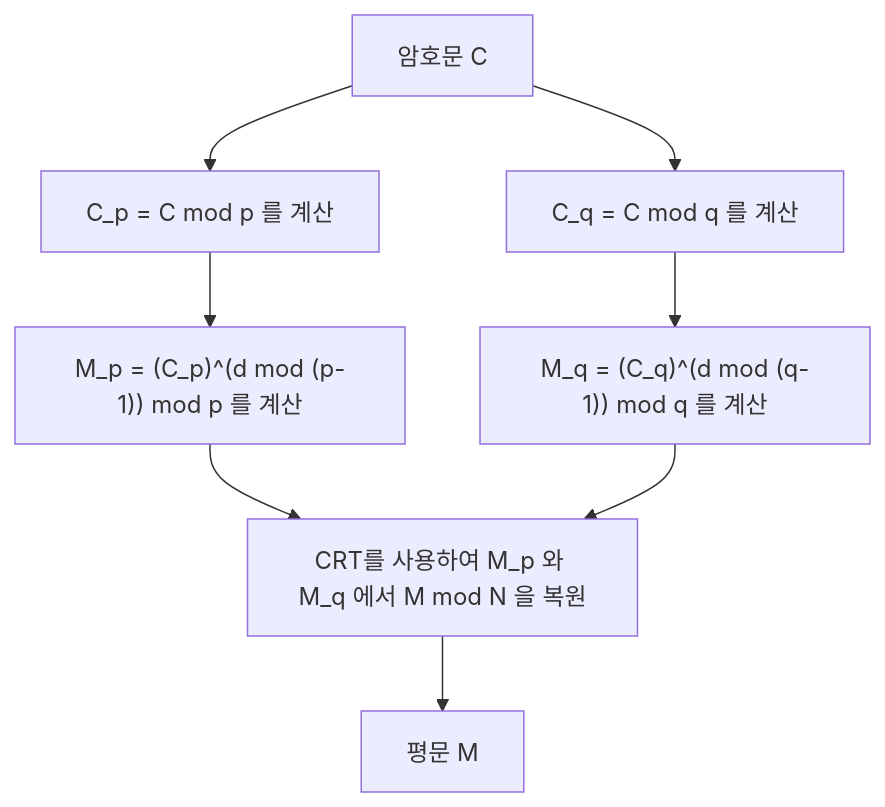
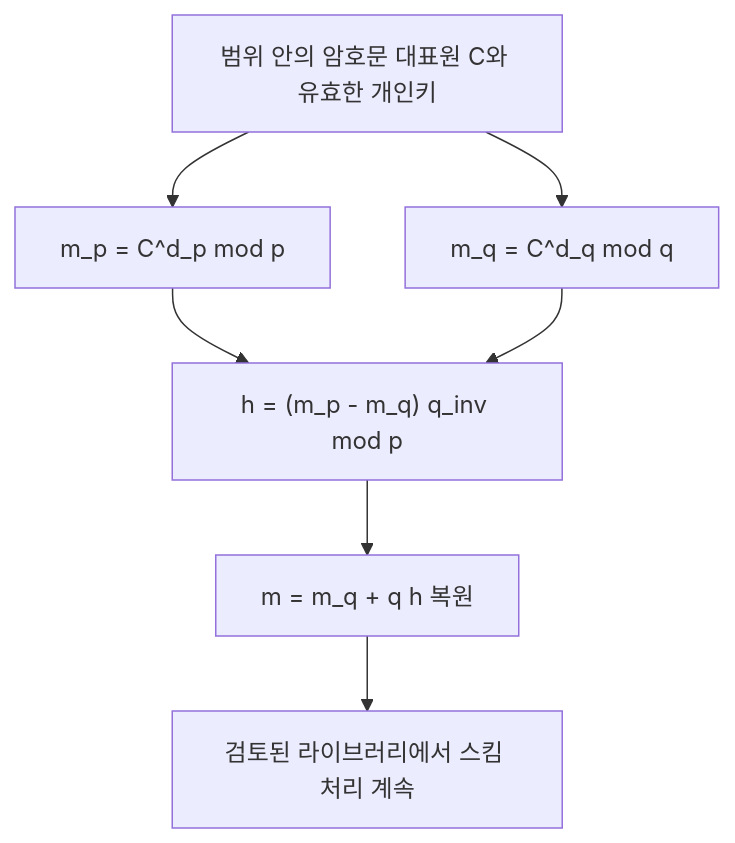
The diagram in content/post/chinese-remainder-theorem/index.ko.md (kenjinote/blog), drawn with Mermaid before and after one commit. The commit also changed other lines of this file and 6 other files, not shown here.

````diff
--- a/content/post/chinese-remainder-theorem/index.ko.md
+++ b/content/post/chinese-remainder-theorem/index.ko.md
@@ -127,10 +133,9 @@
 ```mermaid
-graph TD
-    A["암호문 C"] --> B["C_p = C mod p 를 계산"]
-    A --> C["C_q = C mod q 를 계산"]
-    B --> D["M_p = (C_p)^(d mod (p-1)) mod p 를 계산"]
-    C --> E["M_q = (C_q)^(d mod (q-1)) mod q 를 계산"]
-    D --> F["CRT를 사용하여 M_p 와 M_q 에서 M mod N 을 복원"]
-    E --> F
-    F --> G["평문 M"]
+flowchart TD
+    A["범위 안의 암호문 대표원 C와 유효한 개인키"] --> B["m_p = C^d_p mod p"]
+    A --> C["m_q = C^d_q mod q"]
+    B --> D["h = (m_p - m_q) q_inv mod p"]
+    C --> D
+    D --> E["m = m_q + q h 복원"]
+    E --> F["검토된 라이브러리에서 스킴 처리 계속"]
 ```
````
